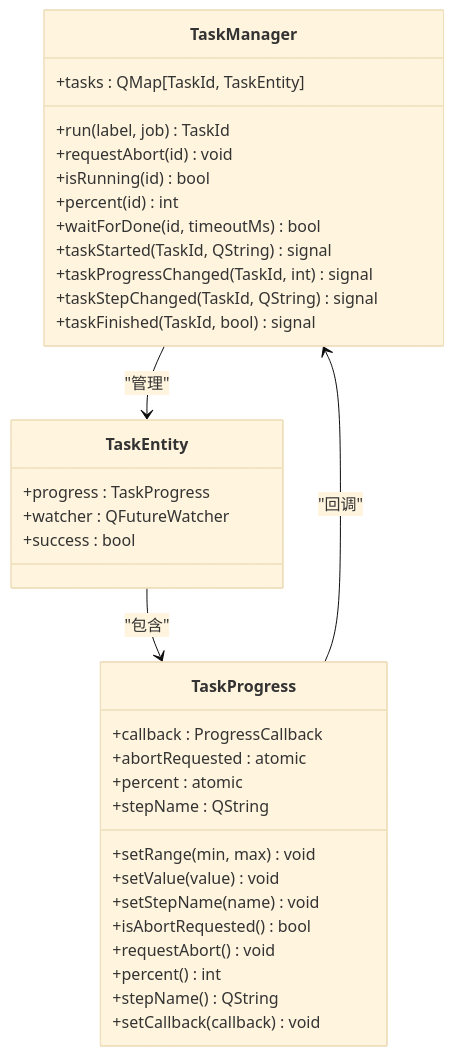
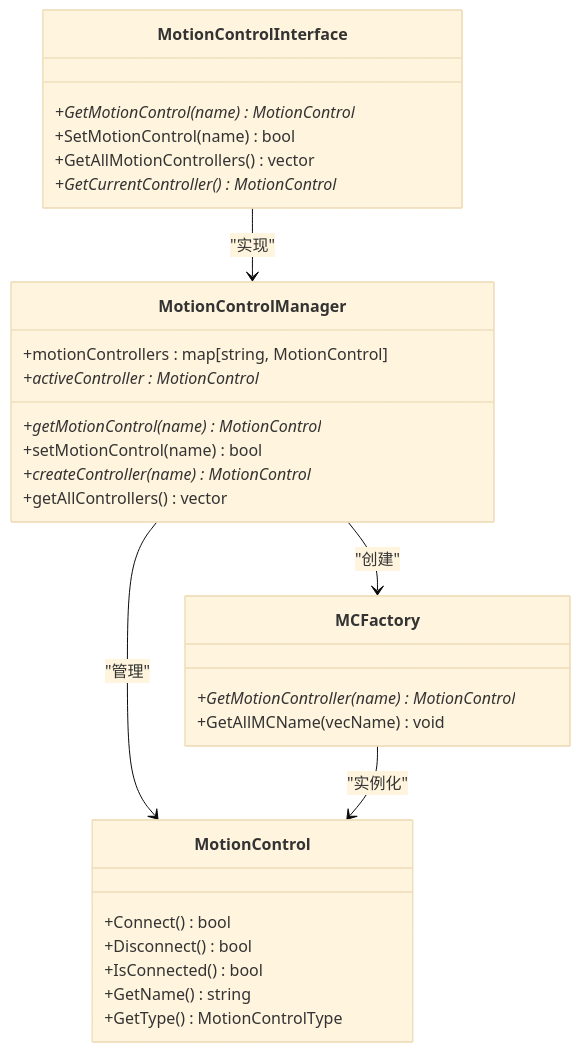
Before and after one commit to super1wang/LaserCNCv1.0: diagram 11 of 26 in .qoder/repowiki/zh/content/项目概述/模块设计/Process模块设计/Process模块服务管理架构改进.md, drawn with Mermaid (base theme). The commit also changed other lines of this file and 25 other files, not shown here.

````diff
--- a/.qoder/repowiki/zh/content/项目概述/模块设计/Process模块设计/Process模块服务管理架构改进.md
+++ b/.qoder/repowiki/zh/content/项目概述/模块设计/Process模块设计/Process模块服务管理架构改进.md
@@ -652,37 +740,32 @@
 ```mermaid
 classDiagram
-class TaskManager {
-+tasks : QMap[TaskId, TaskEntity]
-+run(label, job) TaskId
-+requestAbort(id) void
-+isRunning(id) bool
-+percent(id) int
-+waitForDone(id, timeoutMs) bool
-+taskStarted(TaskId, QString) signal
-+taskProgressChanged(TaskId, int) signal
-+taskStepChanged(TaskId, QString) signal
-+taskFinished(TaskId, bool) signal
+class MotionControlInterface {
++GetMotionControl(name) MotionControl*
++SetMotionControl(name) bool
++GetAllMotionControllers() vector<string>
++GetCurrentController() MotionControl*
 }
-class TaskProgress {
-+callback : ProgressCallback
-+abortRequested : atomic<bool>
-+percent : atomic<int>
-+stepName : QString
-+setRange(min, max) void
-+setValue(value) void
-+setStepName(name) void
-+isAbortRequested() bool
-+requestAbort() void
-+percent() int
-+stepName() QString
-+setCallback(callback) void
+class MotionControlManager {
++motionControllers : map[string, MotionControl]
++activeController : MotionControl*
++getMotionControl(name) MotionControl*
++setMotionControl(name) bool
++createController(name) MotionControl*
++getAllControllers() vector<string>
 }
-class TaskEntity {
-+progress : TaskProgress
-+watcher : QFutureWatcher
-+success : bool
+class MotionControl {
++Connect() bool
++Disconnect() bool
++IsConnected() bool
++GetName() string
++GetType() MotionControlType
 }
-TaskManager --> TaskEntity : "管理"
-TaskEntity --> TaskProgress : "包含"
-TaskProgress --> TaskManager : "回调"
+class MCFactory {
++GetMotionController(name) MotionControl*
++GetAllMCName(vecName) void
+}
+MotionControlInterface --> MotionControlManager : "实现"
+MotionControlManager --> MotionControl : "管理"
+MotionControlManager --> MCFactory : "创建"
+MCFactory --> MotionControl : "实例化"
 ```
````
